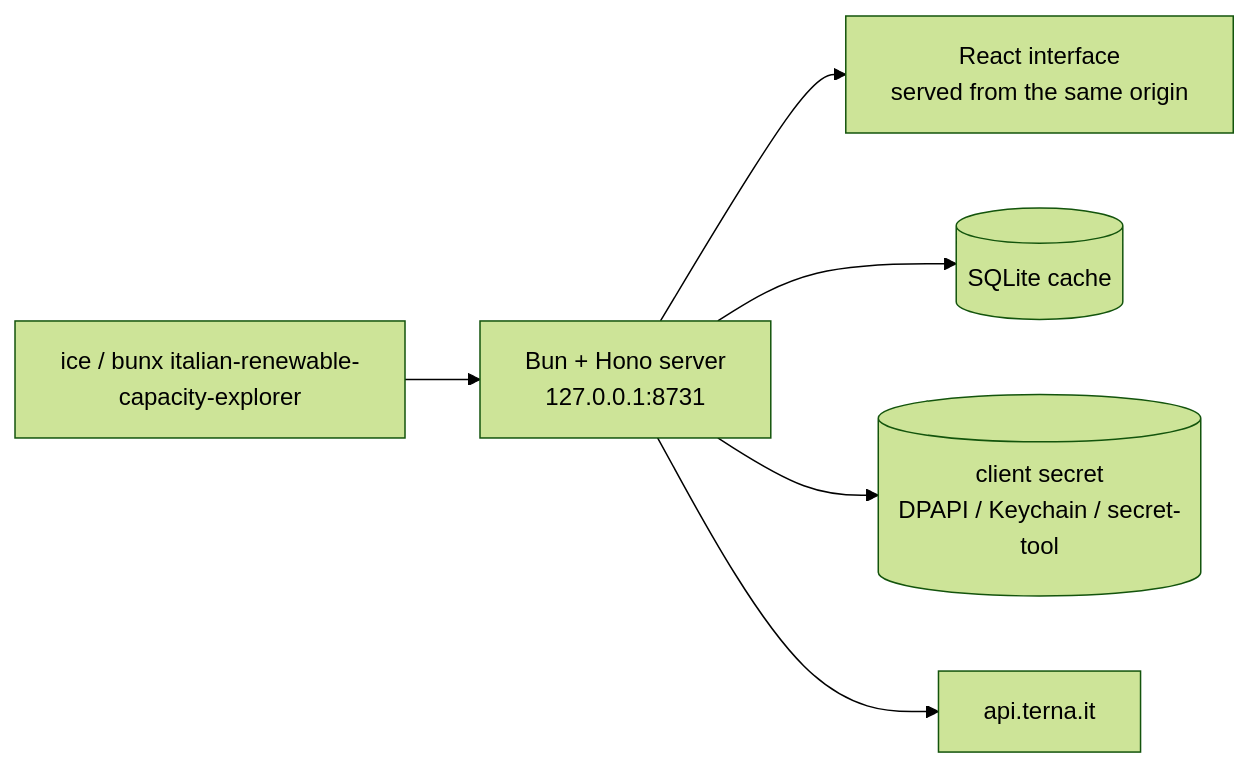
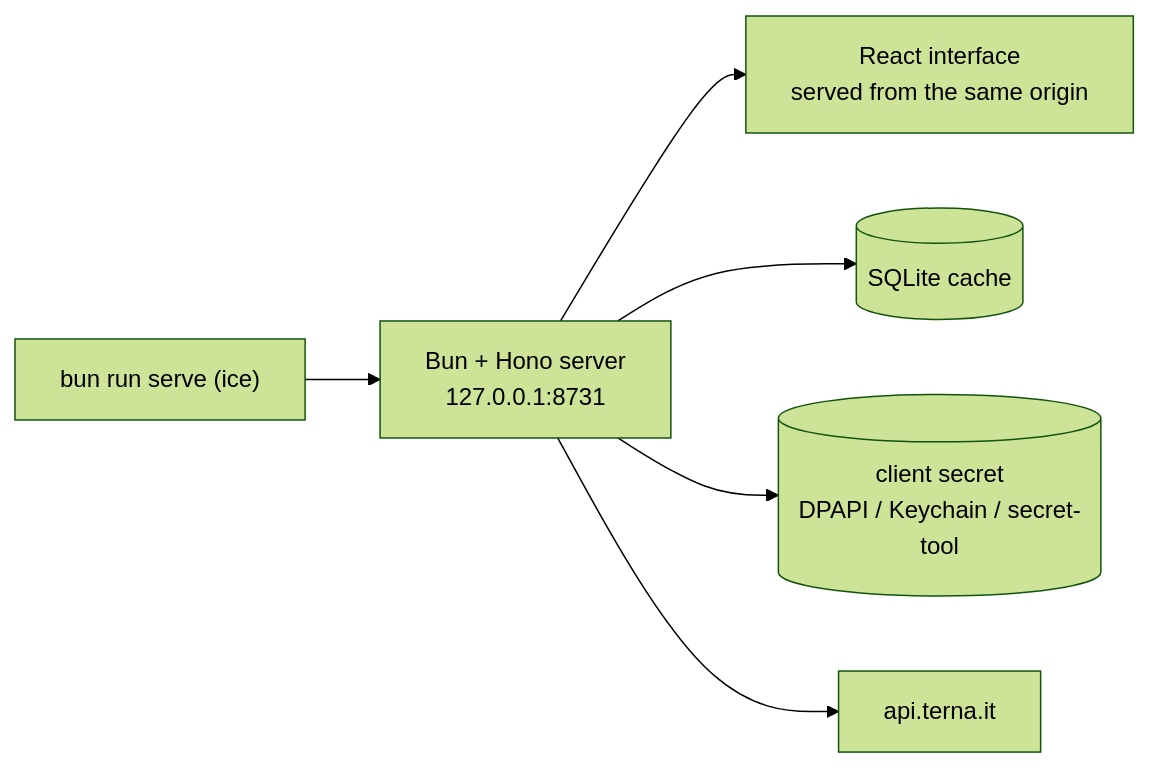
Before and after one commit to tomdacu/italian-installed-power-plants-explorer: the diagram in README.md, drawn with Mermaid (forest theme). The commit also changed other lines of this file and 38 other files, not shown here.

````diff
--- a/README.md
+++ b/README.md
@@ -80,8 +87,8 @@
 ```mermaid
 flowchart LR
-  CLI["ice / bunx italian-renewable-capacity-explorer"] --> SRV["Bun + Hono server<br/>127.0.0.1:8731"]
+  CLI["bun run serve (ice)"] --> SRV["Bun + Hono server<br/>127.0.0.1:8731"]
   SRV --> SPA["React interface<br/>served from the same origin"]
   SRV --> DB[("SQLite cache")]
   SRV --> SEC[("client secret<br/>DPAPI / Keychain / secret-tool")]
   SRV --> TERNA["api.terna.it"]
 ```
````
